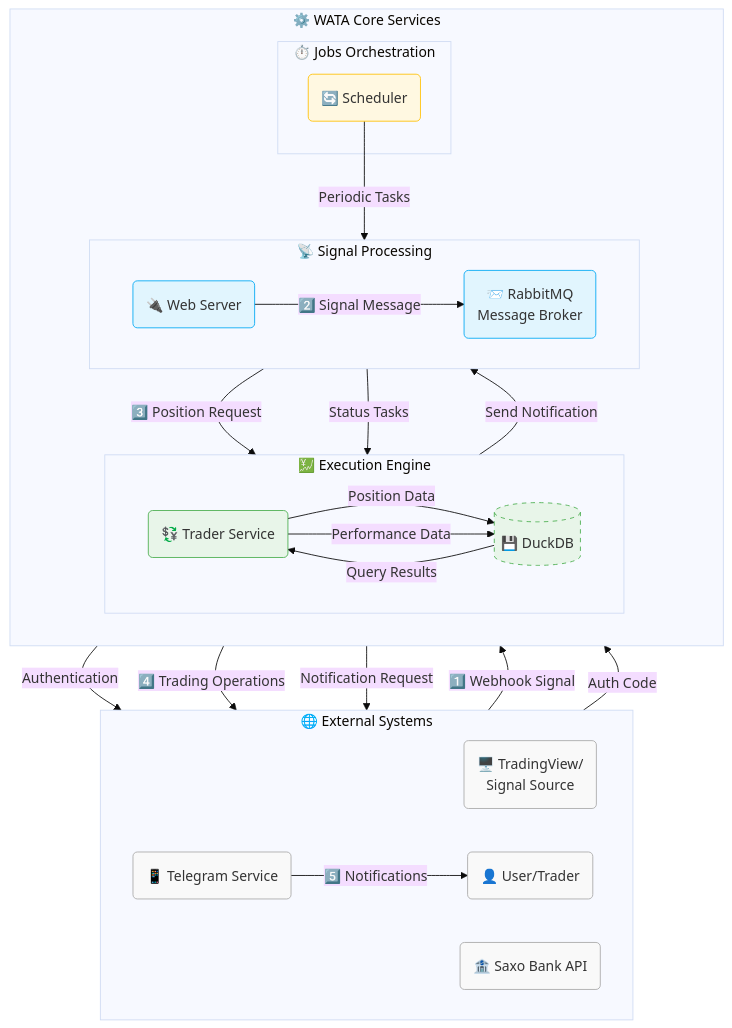
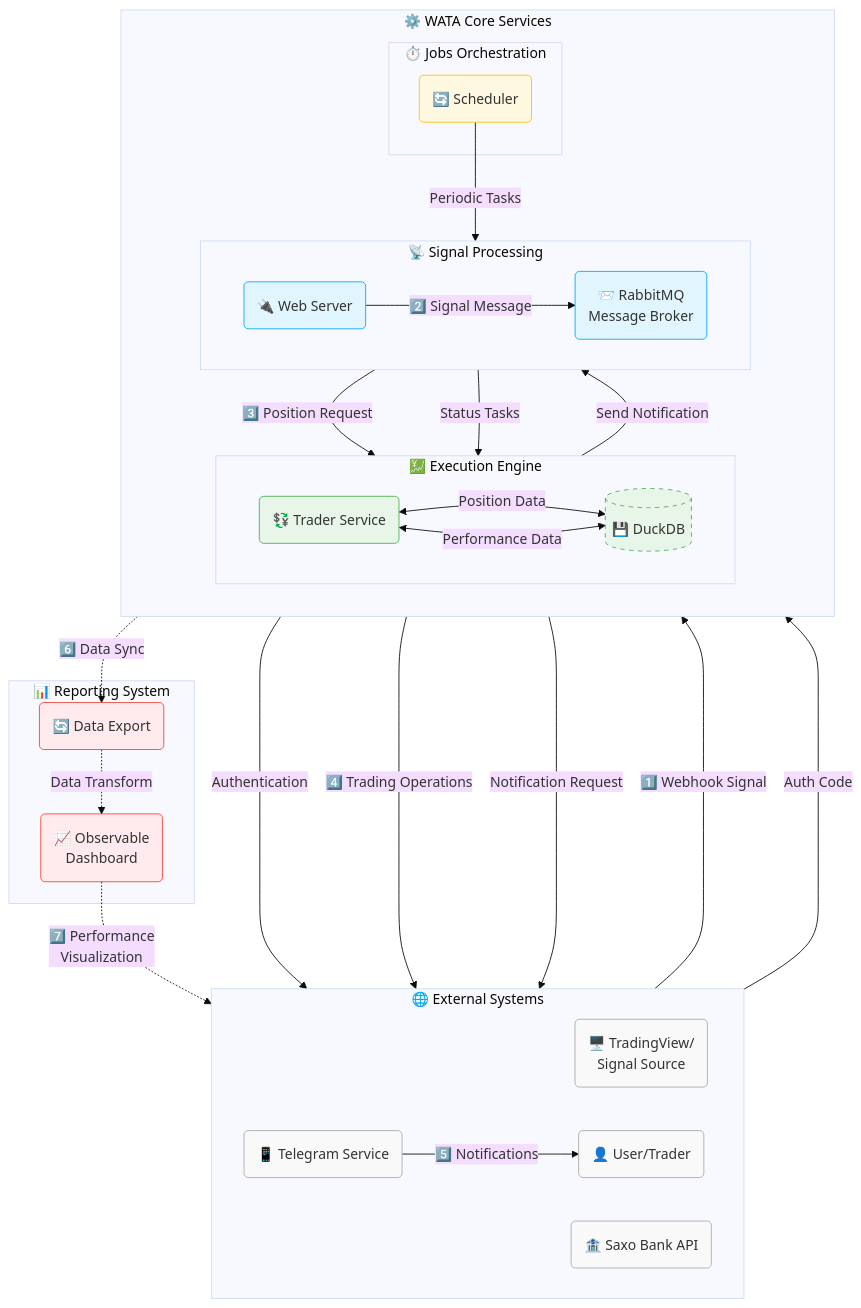
The diagram in README.md (IOITI/WATA), drawn with Mermaid (base theme) before and after one commit.

Commit message:
Add reporting system section to README with visual elements

````diff
--- a/README.md
+++ b/README.md
@@ -104,61 +104,73 @@
 ```mermaid
 flowchart TD
     %% Styling
     classDef external fill:#f9f9f9,stroke:#aaa,stroke-width:1px
     classDef processing fill:#e1f5fe,stroke:#03a9f4,stroke-width:1px
     classDef execution fill:#e8f5e9,stroke:#4caf50,stroke-width:1px
     classDef jobs fill:#fff8e1,stroke:#ffc107,stroke-width:1px
     classDef database fill:#f3e5f5,stroke:#9c27b0,stroke-width:2px,stroke-dasharray: 5 5
+    classDef reporting fill:#ffebee,stroke:#f44336,stroke-width:1px
+    
+    
+            %% Reporting System
+    subgraph RepSys["📊 Reporting System"]
+        EX("🔄 Data Export")
+        OD("📈 Observable<br>Dashboard")
+    end
     
     %% External Systems
     subgraph ExtSys["🌐 External Systems"]
         direction LR
         TV("🖥️ TradingView/<br>Signal Source")
         SB("🏦 Saxo Bank API")
         User("👤 User/Trader")
         TG("📱 Telegram Service")
     end
     
     %% WATA Core Services
     subgraph CoreSys["⚙️ WATA Core Services"]
         direction TB
         
         subgraph SigProc["📡 Signal Processing"]
             direction LR
             WS("🔌 Web Server")
             RMQ("📨 RabbitMQ<br>Message Broker")
         end
         
         subgraph ExecEng["💹 Execution Engine"]
             direction LR
             TR("💱 Trader Service")
             DB[("💾 DuckDB")]:::database
         end
         
         subgraph JobSvc["⏱️ Jobs Orchestration"]
             SC("🔄 Scheduler")
         end
     end
     
+    
     %% Connections with styled arrows
     TV -- "1️⃣ Webhook Signal" --> WS
     WS -- "2️⃣ Signal Message" --> RMQ
     RMQ -- "3️⃣ Position Request" --> TR
     TR -- "Authentication" --> SB
     User -- "Auth Code" --> TR
     TR -- "4️⃣ Trading Operations" --> SB
     TR -- "Send Notification" --> RMQ
     RMQ -- "Notification Request" --> TG
     TG -- "5️⃣ Notifications" --> User
-    TR -- "Position Data" --> DB
-    DB -- "Query Results" --> TR
+    TR <-- "Position Data" --> DB
     SC -- "Periodic Tasks" --> RMQ
     RMQ -- "Status Tasks" --> TR
-    TR -- "Performance Data" --> DB
+    TR <-- "Performance Data" --> DB
+    DB -. "6️⃣ Data Sync" .-> EX
+    EX -. "Data Transform" .-> OD
+    OD -. "7️⃣ Performance<br>Visualization" .-> User
     
     %% Apply styles
     class TV,SB,User,TG external
     class WS,RMQ processing
     class TR,DB execution
     class SC jobs
+    class EX,OD reporting
 ```
````
